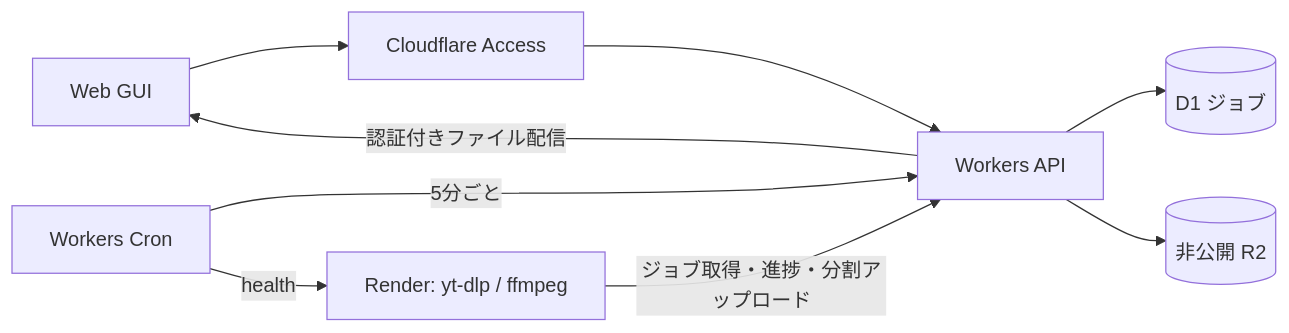
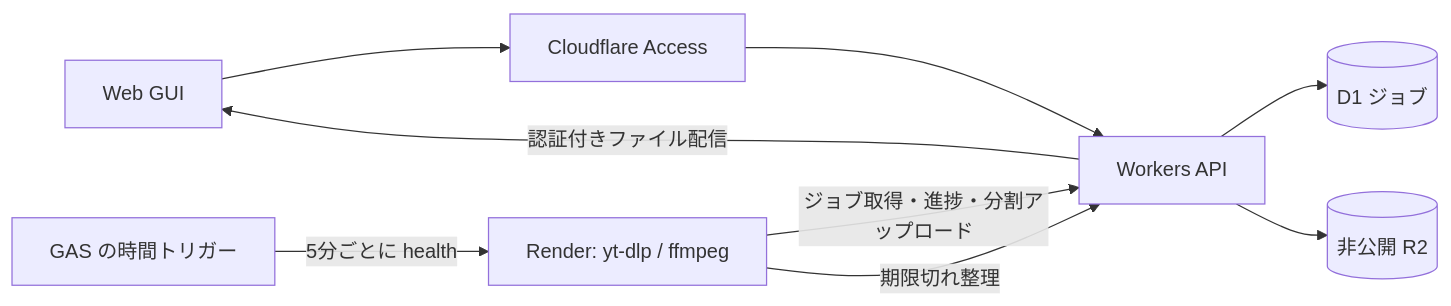
One commit to namiyama814/youtube-download changed the diagram in README.md. Above: the diagram before and after it, drawn with Mermaid. The commit also changed other lines of this file and 4 other files, not shown here.

Commit message:
Use GAS health checks for R2 expiry maintenance

````diff
--- a/README.md
+++ b/README.md
@@ -29,11 +29,11 @@
 ```mermaid
 flowchart LR
   Browser[Web GUI] --> Access[Cloudflare Access]
   Access --> Worker[Workers API]
   Worker --> D1[(D1 ジョブ)]
   Render[Render: yt-dlp / ffmpeg] -->|ジョブ取得・進捗・分割アップロード| Worker
   Worker --> R2[(非公開 R2)]
   Worker -->|認証付きファイル配信| Browser
-  Cron[Workers Cron] -->|5分ごと| Worker
-  Cron -->|health| Render
+  GAS[GAS の時間トリガー] -->|5分ごとに health| Render
+  Render -->|期限切れ整理| Worker
 ```
````
